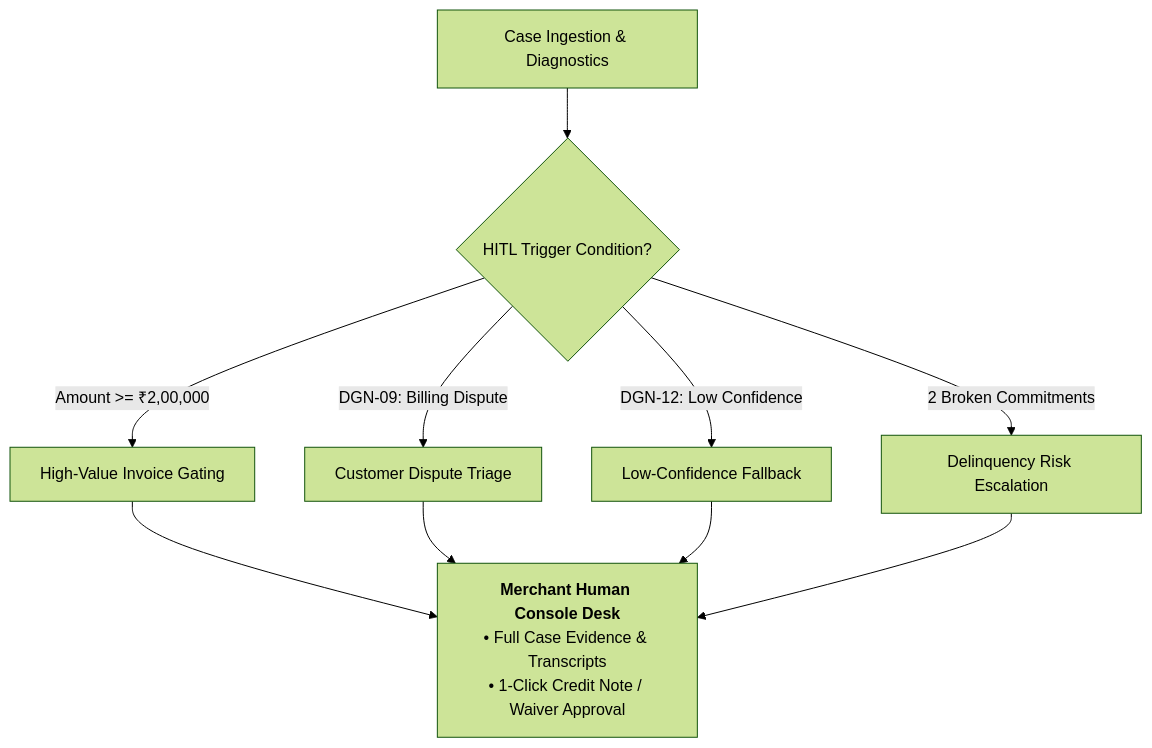
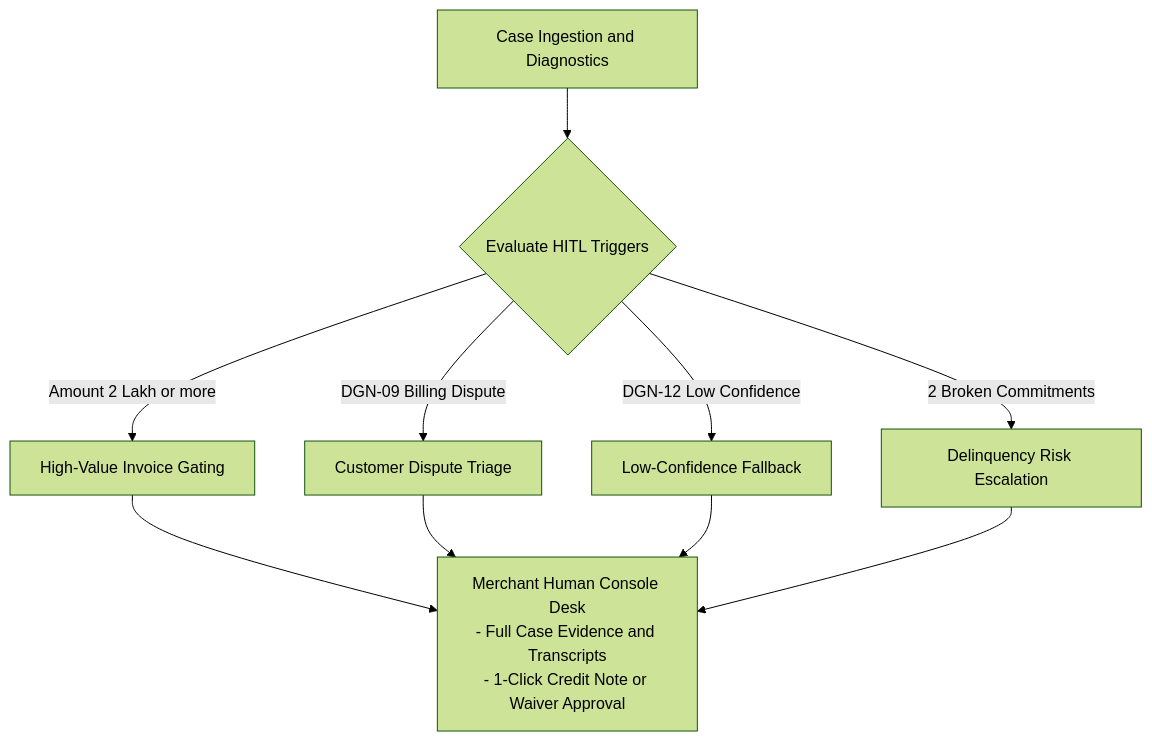
One commit to Adityaraj1969/Razorpay-Revenue-Recovery changed the second of 2 diagrams in docs/Rules.md. Above: the diagram before and after it, drawn with Mermaid (forest theme). The commit also changed 8 other files, not shown here.

Commit message:
fix(docs): format all Mermaid diagrams with strict GitHub-compliant quoted syntax and ASCII typography

````diff
--- a/docs/Rules.md
+++ b/docs/Rules.md
@@ -132,13 +132,13 @@
 ```mermaid
 flowchart TD
-    CASE["Case Ingestion & Diagnostics"] --> TRIGGERS{"HITL Trigger Condition?"}
-    TRIGGERS -->|Amount >= ₹2,00,000| HIGH_VAL["High-Value Invoice Gating"]
-    TRIGGERS -->|DGN-09: Billing Dispute| DISPUTE["Customer Dispute Triage"]
-    TRIGGERS -->|DGN-12: Low Confidence| LOW_CONF["Low-Confidence Fallback"]
+    CASE["Case Ingestion and Diagnostics"] --> TRIGGERS{"Evaluate HITL Triggers"}
+    TRIGGERS -->|Amount 2 Lakh or more| HIGH_VAL["High-Value Invoice Gating"]
+    TRIGGERS -->|DGN-09 Billing Dispute| DISPUTE["Customer Dispute Triage"]
+    TRIGGERS -->|DGN-12 Low Confidence| LOW_CONF["Low-Confidence Fallback"]
     TRIGGERS -->|2 Broken Commitments| DELINQUENT["Delinquency Risk Escalation"]
     
-    HIGH_VAL --> DESK["<b>Merchant Human Console Desk</b><br/>• Full Case Evidence & Transcripts<br/>• 1-Click Credit Note / Waiver Approval"]
+    HIGH_VAL --> DESK["Merchant Human Console Desk<br/>- Full Case Evidence and Transcripts<br/>- 1-Click Credit Note or Waiver Approval"]
     DISPUTE --> DESK
     LOW_CONF --> DESK
     DELINQUENT --> DESK
 ```
````
